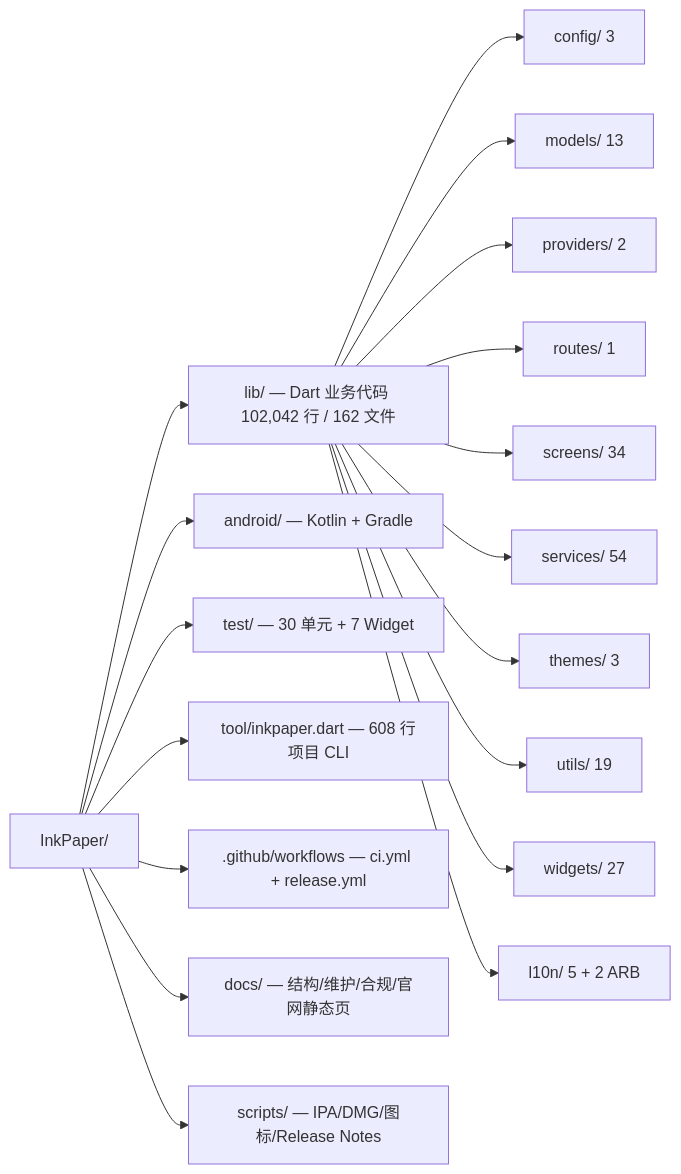
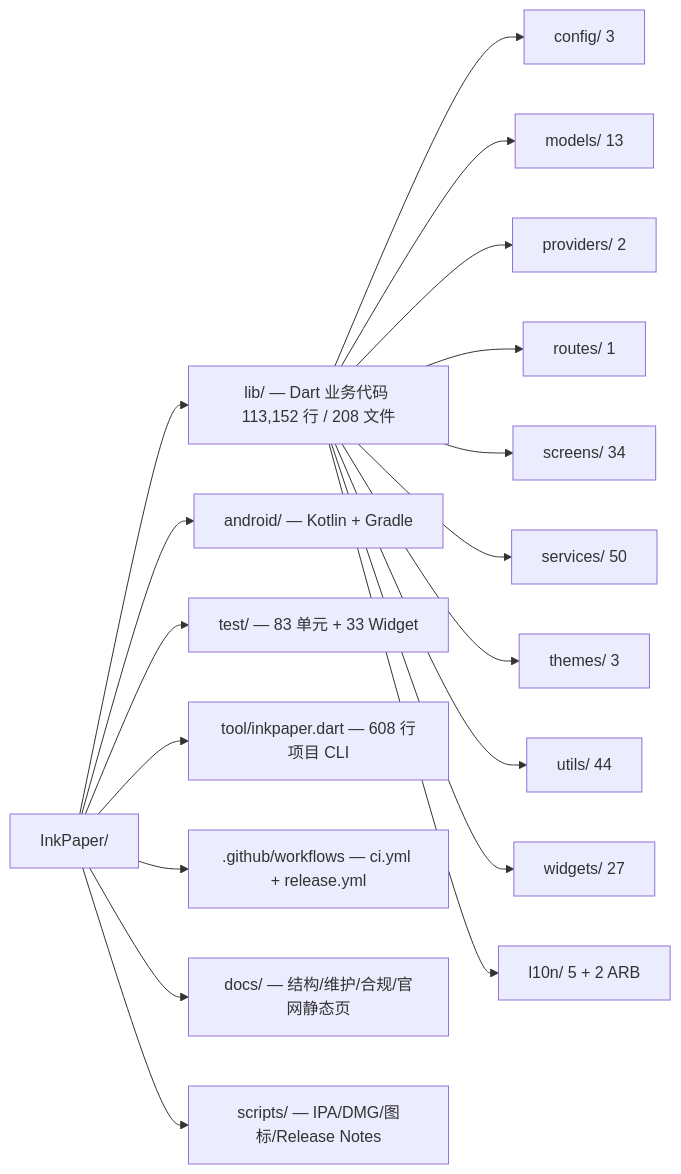
The second of 10 diagrams in docs/architecture/ARCHITECTURE_OVERVIEW.md (liudengxing/InkPaper), drawn with Mermaid before and after one commit. The commit also changed other lines of this file and 2 other files, not shown here.

````diff
--- a/docs/architecture/ARCHITECTURE_OVERVIEW.md
+++ b/docs/architecture/ARCHITECTURE_OVERVIEW.md
@@ -119,21 +121,21 @@
 ```mermaid
 flowchart LR
-    ROOT["InkPaper/"] --> LIB["lib/ — Dart 业务代码 102,042 行 / 162 文件"]
+    ROOT["InkPaper/"] --> LIB["lib/ — Dart 业务代码 113,152 行 / 208 文件"]
     ROOT --> AND["android/ — Kotlin + Gradle"]
-    ROOT --> TST["test/ — 30 单元 + 7 Widget"]
+    ROOT --> TST["test/ — 83 单元 + 33 Widget"]
     ROOT --> TOOL["tool/inkpaper.dart — 608 行项目 CLI"]
     ROOT --> CI[".github/workflows — ci.yml + release.yml"]
     ROOT --> DOCS["docs/ — 结构/维护/合规/官网静态页"]
     ROOT --> SCR["scripts/ — IPA/DMG/图标/Release Notes"]
 
     LIB --> L1["config/ 3"]
     LIB --> L2["models/ 13"]
     LIB --> L3["providers/ 2"]
     LIB --> L4["routes/ 1"]
     LIB --> L5["screens/ 34"]
-    LIB --> L6["services/ 54"]
+    LIB --> L6["services/ 50"]
     LIB --> L7["themes/ 3"]
-    LIB --> L8["utils/ 19"]
+    LIB --> L8["utils/ 44"]
     LIB --> L9["widgets/ 27"]
     LIB --> L10["l10n/ 5 + 2 ARB"]
 ```
````
